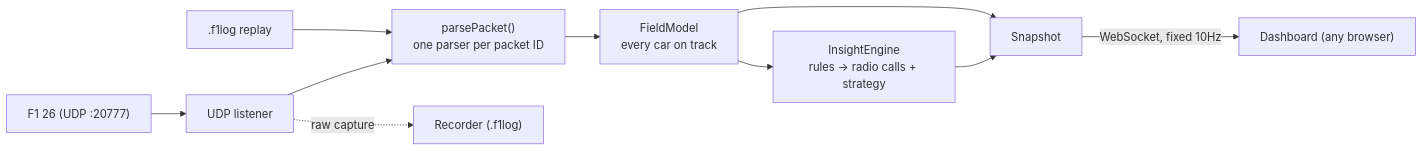
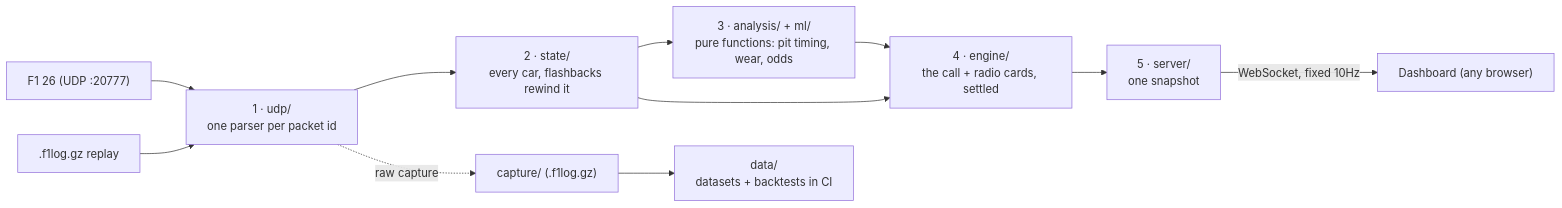
One commit to srikarnadella/f1-race-engineer changed the diagram in README.md. Above: the diagram before and after it, drawn with Mermaid. The commit also changed other lines of this file and 7 other files, not shown here.

````diff
--- a/README.md
+++ b/README.md
@@ -327,12 +339,13 @@
 ```mermaid
 flowchart LR
-    GAME["F1 26 (UDP :20777)"] --> LISTEN["UDP listener"]
-    FILE[".f1log replay"] --> PARSE
-    LISTEN --> PARSE["parsePacket()<br/>one parser per packet ID"]
-    LISTEN -.raw capture.-> REC["Recorder (.f1log)"]
-    PARSE --> FIELD["FieldModel<br/>every car on track"]
-    FIELD --> INSIGHT["InsightEngine<br/>rules → radio calls + strategy"]
-    FIELD --> SNAP["Snapshot"]
-    INSIGHT --> SNAP
-    SNAP -->|"WebSocket, fixed 10Hz"| DASH["Dashboard (any browser)"]
+    GAME["F1 26 (UDP :20777)"] --> UDP
+    FILE[".f1log.gz replay"] --> UDP
+    UDP["1 · udp/<br/>one parser per packet id"] --> STATE["2 · state/<br/>every car, flashbacks rewind it"]
+    UDP -.raw capture.-> REC["capture/ (.f1log.gz)"]
+    STATE --> ANALYSIS["3 · analysis/ + ml/<br/>pure functions: pit timing, wear, odds"]
+    ANALYSIS --> ENGINE["4 · engine/<br/>the call + radio cards, settled"]
+    STATE --> ENGINE
+    ENGINE --> SERVER["5 · server/<br/>one snapshot"]
+    SERVER -->|"WebSocket, fixed 10Hz"| DASH["Dashboard (any browser)"]
+    REC --> DATA["data/<br/>datasets + backtests in CI"]
 ```
````
